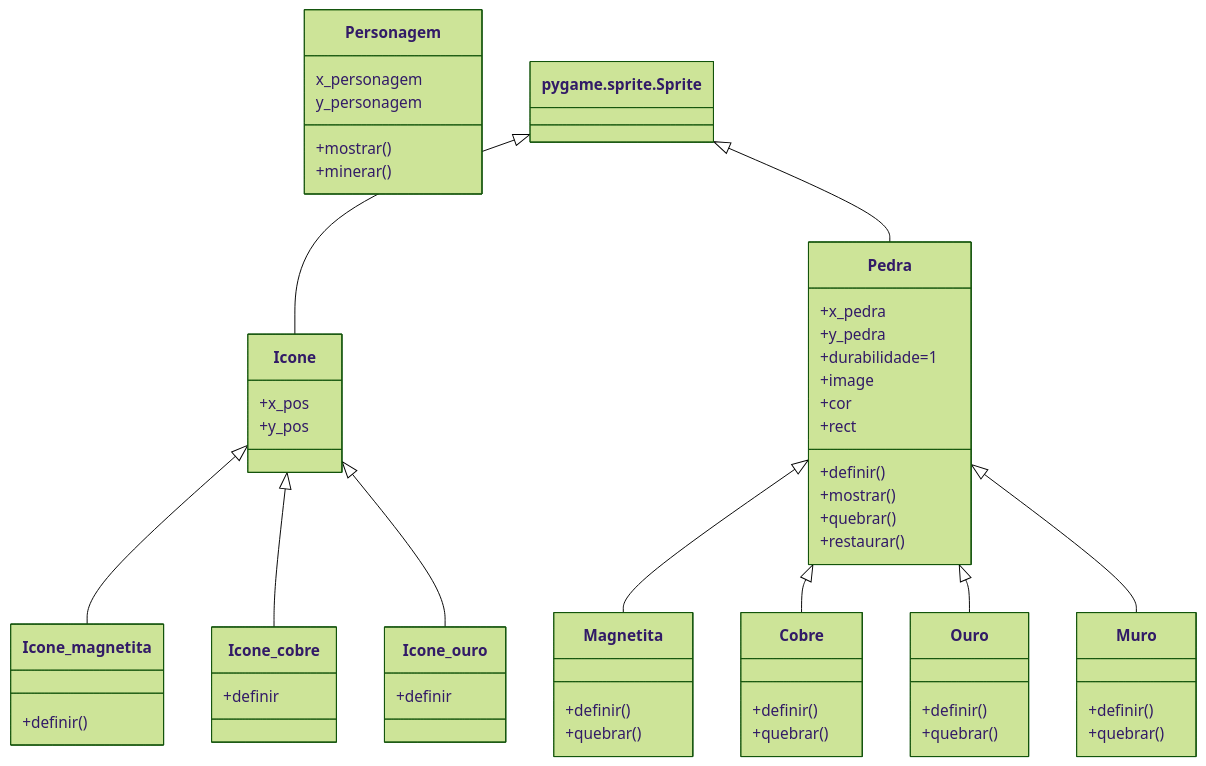
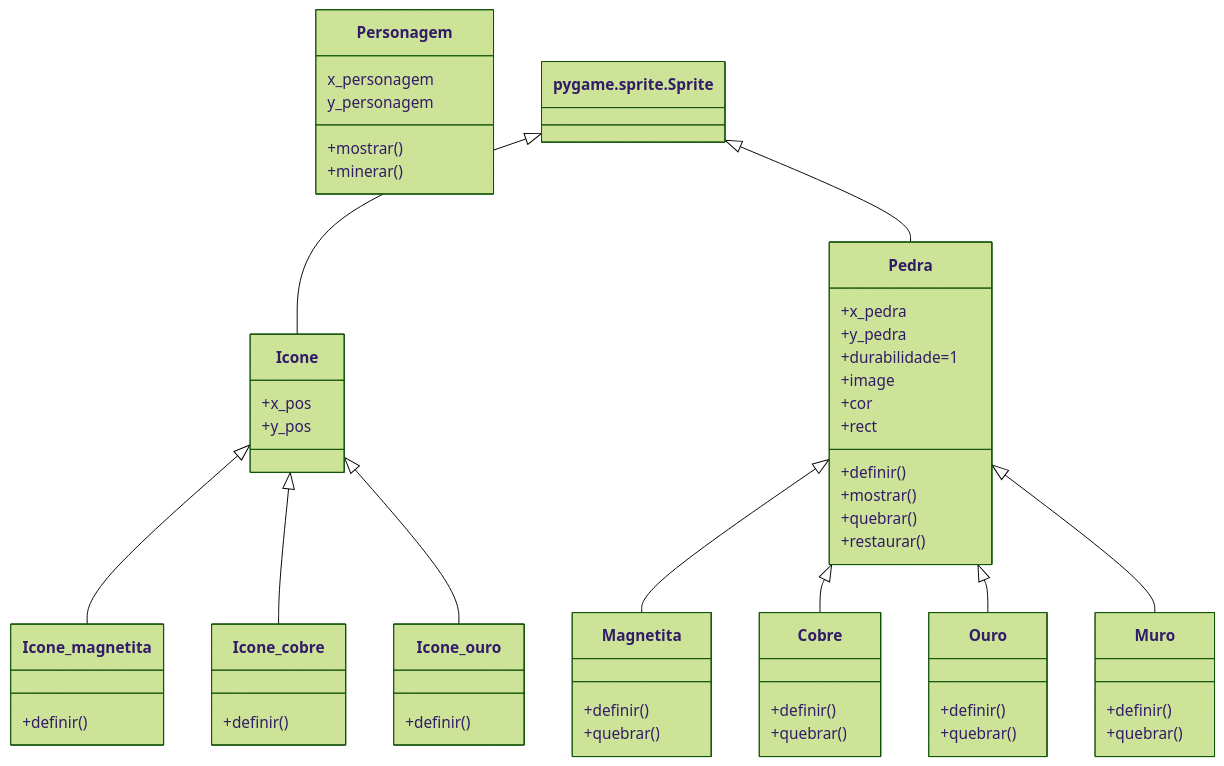
One commit to UirajanJS/Projeto-IP changed the diagram in README.md. Above: the diagram before and after it, drawn with Mermaid (forest theme). The commit also changed other lines of this file, not shown here.

````diff
--- a/README.md
+++ b/README.md
@@ -57,51 +60,51 @@
 ```mermaid
 classDiagram
   Personagem : x_personagem
   Personagem : y_personagem
   Personagem : +mostrar()
   Personagem : +minerar()
   pygame.sprite.Sprite <|--Icone
   Icone : +x_pos
   Icone : +y_pos
   Icone <|-- Icone_magnetita
   Icone <|-- Icone_cobre
   Icone <|-- Icone_ouro
   Icone_magnetita: +definir()
-  Icone_cobre: +definir
-  Icone_ouro: +definir
+  Icone_cobre: +definir()
+  Icone_ouro: +definir()
   pygame.sprite.Sprite <|-- Pedra
   Pedra <|-- Magnetita
   Pedra <|-- Cobre
   Pedra <|-- Ouro
   Pedra <|-- Muro
   Pedra : +x_pedra
   Pedra : +y_pedra
   Pedra : +durabilidade=1
   Pedra : +image
   Pedra : +cor
   Pedra : +rect
   Pedra: +definir()
   Pedra: +mostrar()
   Pedra: +quebrar()
   Pedra: +restaurar()
       class Magnetita{
           +definir()
           +quebrar()
       }
       class Cobre{
           +definir()
           +quebrar()
 
       }
       class Ouro{
           +definir()
           +quebrar()
 
       }
       class Muro{
           +definir()
           +quebrar()
 
       }
 
  ```
````
